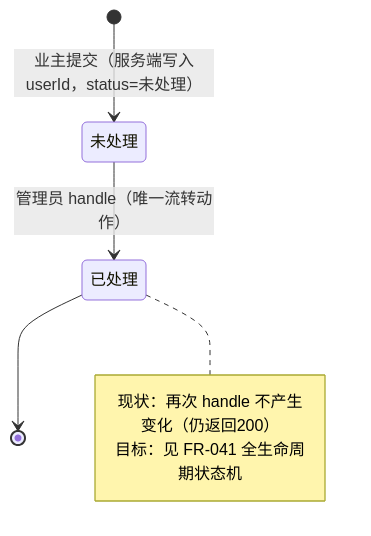
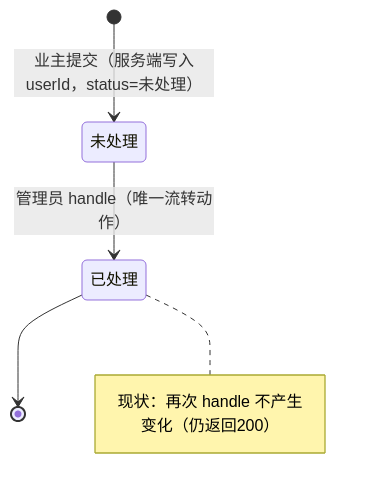
Before and after one commit to Breezey-cat/test: the third of 4 diagrams in 小区物业管理平台 产品需求文档.md, drawn with Mermaid. The commit also changed other lines of this file, not shown here.

````diff
--- a/小区物业管理平台 产品需求文档.md
+++ b/小区物业管理平台 产品需求文档.md
@@ -638,10 +545,9 @@
 ```mermaid
 stateDiagram-v2
     [*] --> 未处理: 业主提交（服务端写入userId，status=未处理）
     未处理 --> 已处理: 管理员 handle（唯一流转动作）
     已处理 --> [*]
     note right of 已处理
         现状：再次 handle 不产生变化（仍返回200）
-        目标：见 FR-041 全生命周期状态机
     end note
 ```
````
